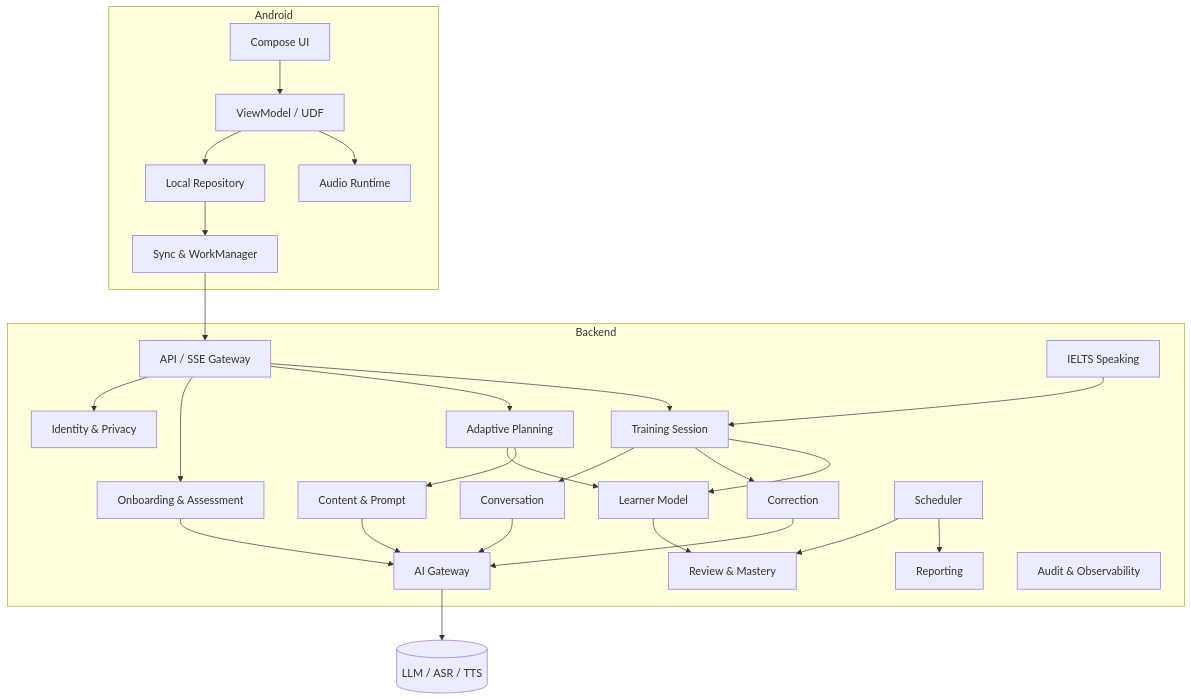
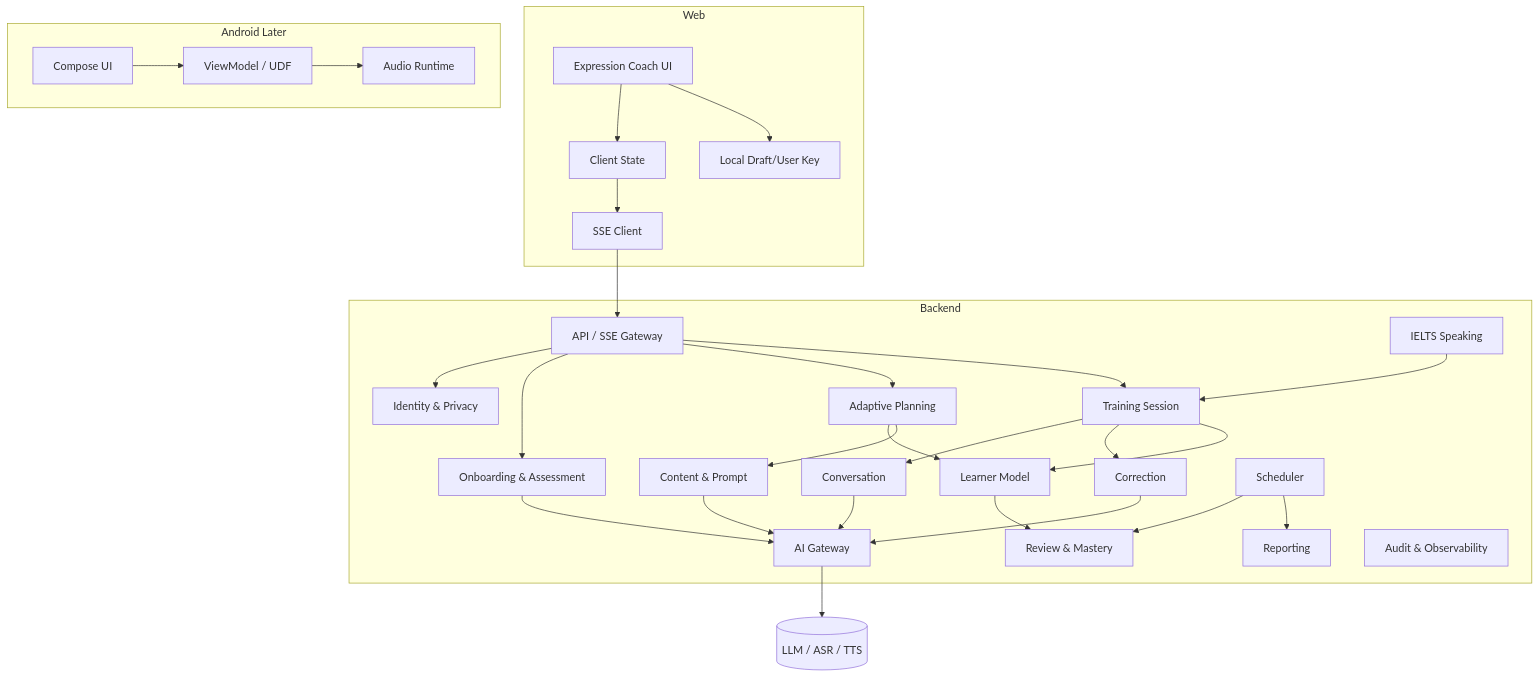
The second of 6 diagrams in docs/design/01_HIGH_LEVEL_DESIGN.md (nihao87224/english-tutor-agent), drawn with Mermaid before and after one commit. The commit also changed other lines of this file and 55 other files, not shown here.

Commit message:
feat: add M3 web expression coach

````diff
--- a/docs/design/01_HIGH_LEVEL_DESIGN.md
+++ b/docs/design/01_HIGH_LEVEL_DESIGN.md
@@ -84,50 +87,55 @@
 ```mermaid
 flowchart TB
-    subgraph Android
-      UI[Compose UI]
+    subgraph Web
+      UI[Expression Coach UI]
+      STATE[Client State]
+      SSE[SSE Client]
+      LOCAL[Local Draft/User Key]
+    end
+
+    subgraph AndroidLater[Android Later]
+      AUI[Compose UI]
       VM[ViewModel / UDF]
       AR[Audio Runtime]
-      LR[Local Repository]
-      SY[Sync & WorkManager]
     end
 
     subgraph Backend
       API[API / SSE Gateway]
       AUTH[Identity & Privacy]
       ONB[Onboarding & Assessment]
       PLAN[Adaptive Planning]
       TRAIN[Training Session]
       CONV[Conversation]
       CORR[Correction]
       LEARN[Learner Model]
       REVIEW[Review & Mastery]
       IELTS[IELTS Speaking]
       REPORT[Reporting]
       CONTENT[Content & Prompt]
       AI[AI Gateway]
       JOB[Scheduler]
       OBS[Audit & Observability]
     end
 
-    UI --> VM --> LR
-    VM --> AR
-    LR --> SY --> API
+    UI --> STATE --> SSE --> API
+    UI --> LOCAL
+    AUI --> VM --> AR
     API --> AUTH
     API --> ONB
     API --> PLAN
     API --> TRAIN
     TRAIN --> CONV
     TRAIN --> CORR
     TRAIN --> LEARN
     LEARN --> REVIEW
     IELTS --> TRAIN
     PLAN --> LEARN
     PLAN --> CONTENT
     ONB --> AI
     CONV --> AI
     CORR --> AI
     CONTENT --> AI
     AI --> Providers[(LLM / ASR / TTS)]
     JOB --> REVIEW
     JOB --> REPORT
 ```
````
